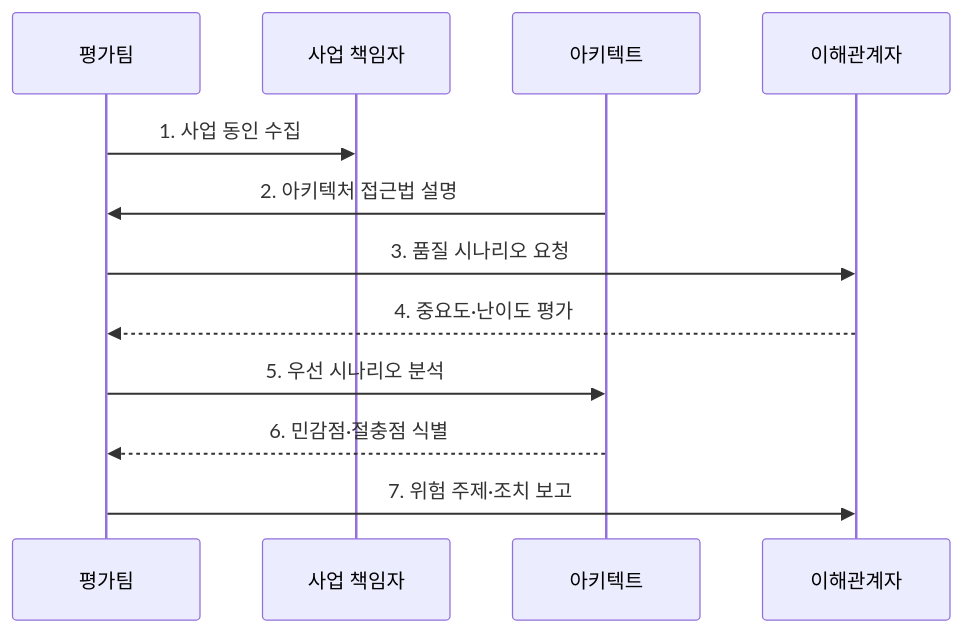
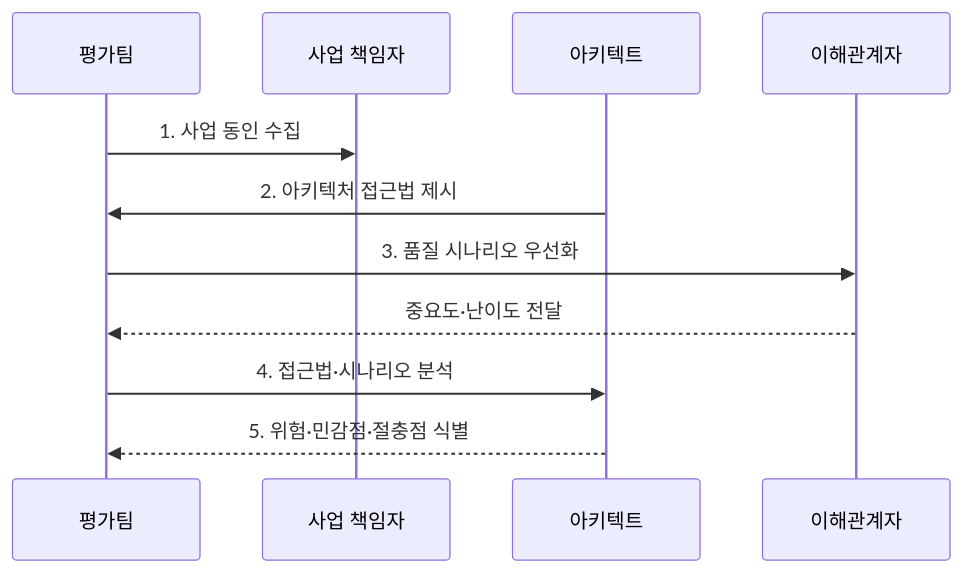
One commit to agnusdei1207/knowledge-base changed the second of 2 diagrams in src/content/docs/notes/03-software/071_atam.md. Above: the diagram before and after it, drawn with Mermaid. The commit also changed other lines of this file and 238 other files, not shown here.

````diff
--- a/src/content/docs/notes/03-software/071_atam.md
+++ b/src/content/docs/notes/03-software/071_atam.md
@@ -79,14 +79,13 @@
 ```mermaid
 sequenceDiagram
     participant E as 평가팀
     participant B as 사업 책임자
     participant A as 아키텍트
     participant S as 이해관계자
     E->>B: 1. 사업 동인 수집
-    A->>E: 2. 아키텍처 접근법 설명
-    E->>S: 3. 품질 시나리오 요청
-    S-->>E: 4. 중요도·난이도 평가
-    E->>A: 5. 우선 시나리오 분석
-    A-->>E: 6. 민감점·절충점 식별
-    E->>S: 7. 위험 주제·조치 보고
+    A->>E: 2. 아키텍처 접근법 제시
+    E->>S: 3. 품질 시나리오 우선화
+    S-->>E: 중요도·난이도 전달
+    E->>A: 4. 접근법·시나리오 분석
+    A-->>E: 5. 위험·민감점·절충점 식별
 ```
````
